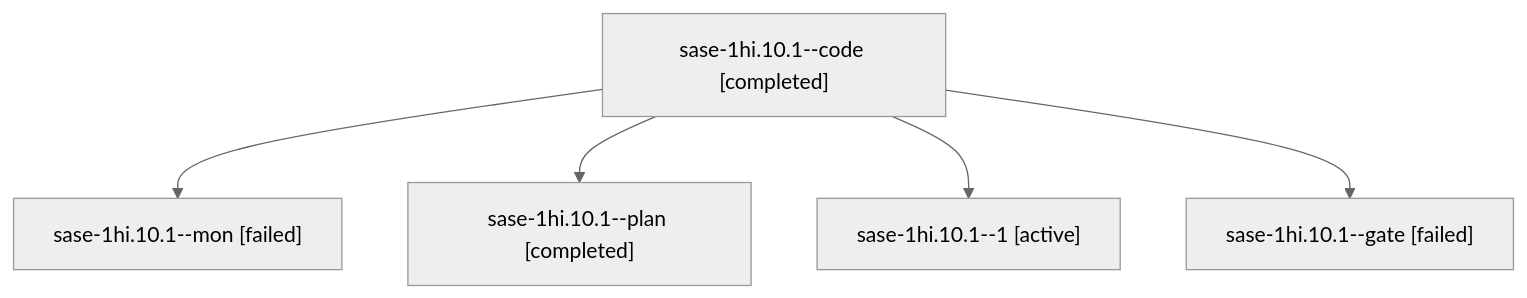
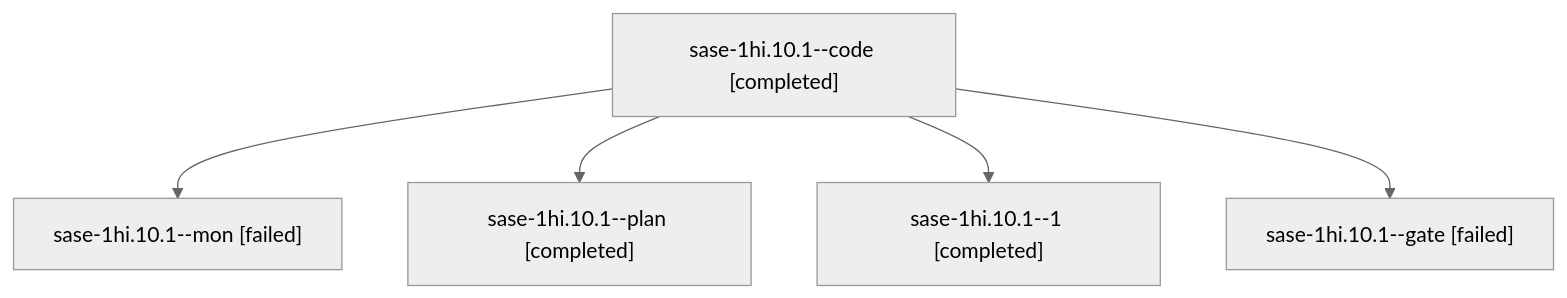
Before and after one commit to sase-org/sase--agents: the diagram in sessions/bbugyi200.apollo.sase-1hi.10.1.md, drawn with Mermaid (neutral theme). The commit also changed other lines of this file and 132 other files, not shown here.

````diff
--- a/sessions/bbugyi200.apollo.sase-1hi.10.1.md
+++ b/sessions/bbugyi200.apollo.sase-1hi.10.1.md
@@ -9,12 +9,12 @@
 ```mermaid
 flowchart TD
   n0["sase-1hi.10.1--code [completed]"]
   n1["sase-1hi.10.1--mon [failed]"]
   n0 --> n1
   n2["sase-1hi.10.1--plan [completed]"]
   n0 --> n2
-  n3["sase-1hi.10.1--1 [active]"]
+  n3["sase-1hi.10.1--1 [completed]"]
   n0 --> n3
   n4["sase-1hi.10.1--gate [failed]"]
   n0 --> n4
 ```
````
